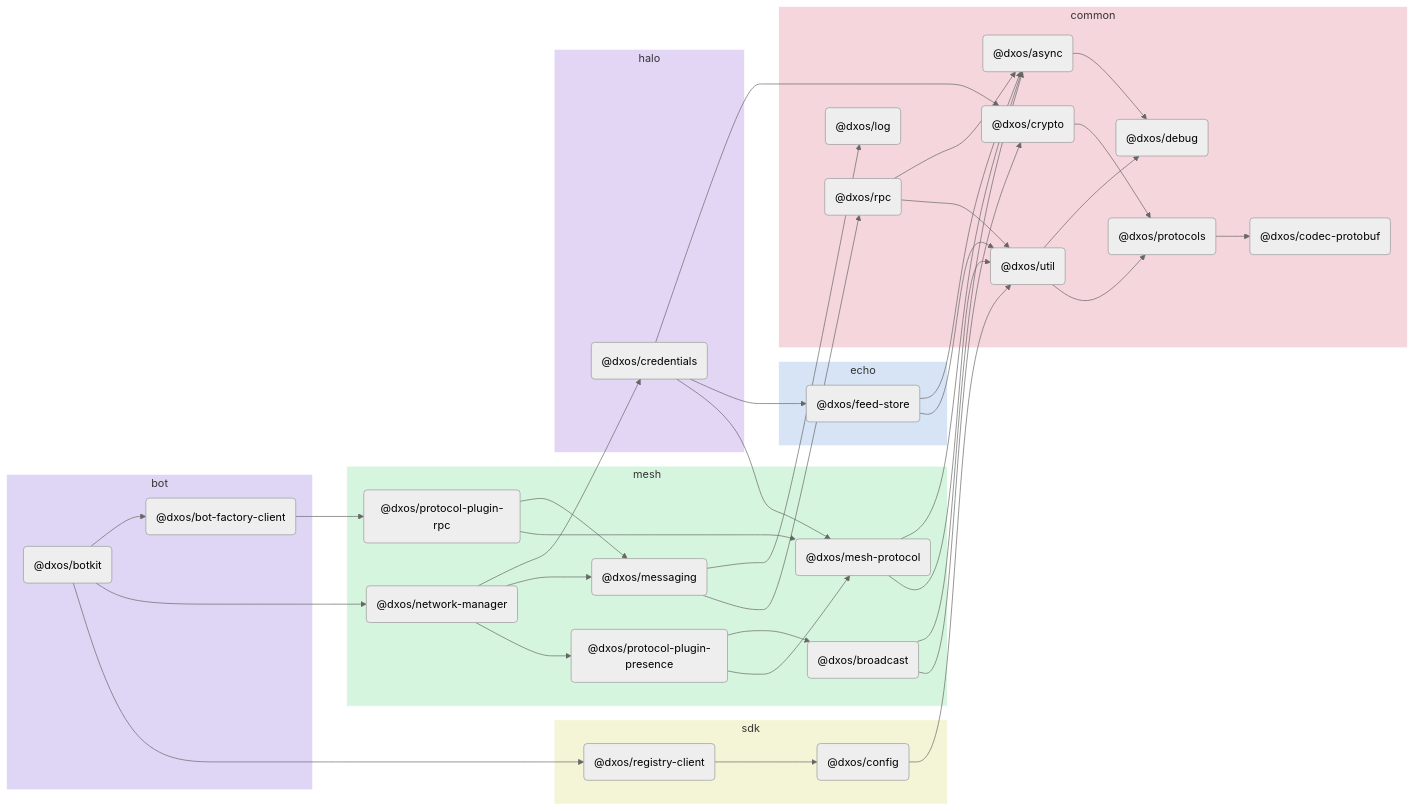
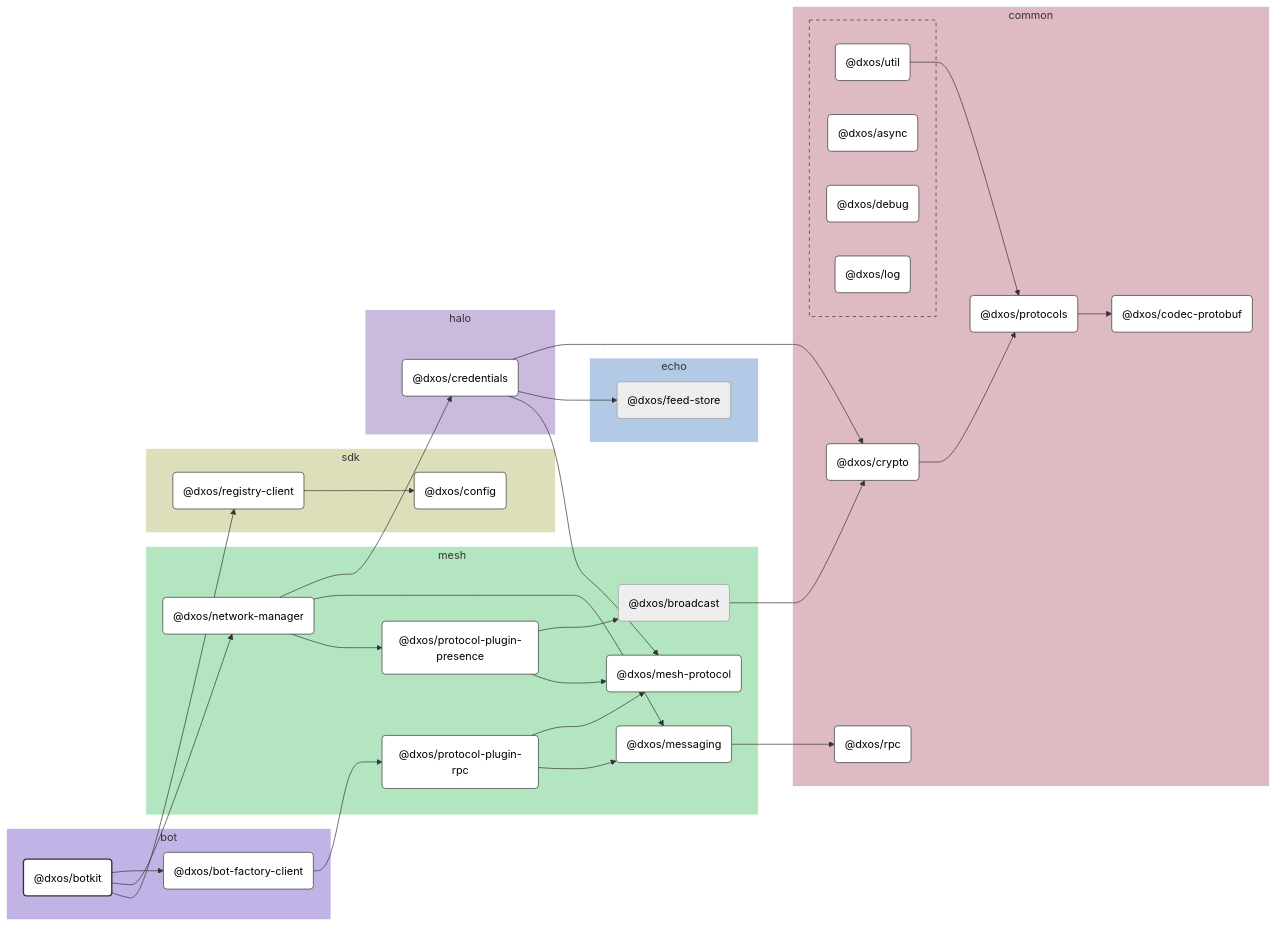
The diagram in packages/bot/botkit/docs/README.md (dxos/dxos), drawn with Mermaid (neutral theme) before and after one commit. The commit also changed other lines of this file and 109 other files, not shown here.

````diff
--- a/packages/bot/botkit/docs/README.md
+++ b/packages/bot/botkit/docs/README.md
@@ -5,79 +7,128 @@
 ```mermaid
-flowchart LR;
+%%{ init: {'flowchart':{'curve':'basis'}} }%%
 
+flowchart LR
+
+%% Links
+dxos/bot-factory-client --> dxos/protocol-plugin-rpc;
+dxos/botkit --> dxos/bot-factory-client;
+dxos/botkit --> dxos/network-manager;
+dxos/botkit --> dxos/registry-client;
+dxos/broadcast --> dxos/crypto;
+dxos/credentials --> dxos/crypto;
+dxos/credentials --> dxos/feed-store;
+dxos/credentials --> dxos/mesh-protocol;
+dxos/crypto --> dxos/protocols;
+dxos/messaging --> dxos/rpc;
+dxos/network-manager --> dxos/credentials;
+dxos/network-manager --> dxos/messaging;
+dxos/network-manager --> dxos/protocol-plugin-presence;
+dxos/protocol-plugin-presence --> dxos/broadcast;
+dxos/protocol-plugin-presence --> dxos/mesh-protocol;
+dxos/protocol-plugin-rpc --> dxos/mesh-protocol;
+dxos/protocol-plugin-rpc --> dxos/messaging;
+dxos/protocols --> dxos/codec-protobuf;
+dxos/registry-client --> dxos/config;
+dxos/util --> dxos/protocols;
+
+%% Sections
 subgraph bot
-  style bot fill:#dfd6f5,stroke:#fff;
-  dxos/botkit("@dxos/botkit");
-  dxos/bot-factory-client("@dxos/bot-factory-client");
+  style bot fill:#c2b3e6,stroke:#fff;
+
+  dxos/bot-factory-client("@dxos/bot-factory-client")
+  dxos/botkit("@dxos/botkit")
 end
 
 subgraph common
-  style common fill:#f5d6dd,stroke:#fff;
-  dxos/async("@dxos/async");
-  dxos/debug("@dxos/debug");
-  dxos/codec-protobuf("@dxos/codec-protobuf");
-  dxos/log("@dxos/log");
-  dxos/protocols("@dxos/protocols");
-  dxos/rpc("@dxos/rpc");
-  dxos/util("@dxos/util");
-  dxos/crypto("@dxos/crypto");
+  style common fill:#debac2,stroke:#fff;
+
+  dxos/codec-protobuf("@dxos/codec-protobuf")
+  dxos/crypto("@dxos/crypto")
+  dxos/protocols("@dxos/protocols")
+  dxos/rpc("@dxos/rpc")
+
+  subgraph common-excluded [ ]
+    style common-excluded fill:#debac2,stroke:#333,stroke-dasharray:5 5;
+
+    dxos/async("@dxos/async")
+    dxos/debug("@dxos/debug")
+    dxos/log("@dxos/log")
+    dxos/util("@dxos/util")
+  end
 end
 
 subgraph mesh
-  style mesh fill:#d6f5de,stroke:#fff;
-  dxos/protocol-plugin-rpc("@dxos/protocol-plugin-rpc");
-  dxos/messaging("@dxos/messaging");
-  dxos/mesh-protocol("@dxos/mesh-protocol");
-  dxos/network-manager("@dxos/network-manager");
-  dxos/protocol-plugin-presence("@dxos/protocol-plugin-presence");
-  dxos/broadcast("@dxos/broadcast");
+  style mesh fill:#b3e6c0,stroke:#fff;
+
+  dxos/broadcast("@dxos/broadcast")
+  dxos/mesh-protocol("@dxos/mesh-protocol")
+  dxos/messaging("@dxos/messaging")
+  dxos/network-manager("@dxos/network-manager")
+  dxos/protocol-plugin-presence("@dxos/protocol-plugin-presence")
+  dxos/protocol-plugin-rpc("@dxos/protocol-plugin-rpc")
 end
 
 subgraph sdk
-  style sdk fill:#f4f5d6,stroke:#fff;
-  dxos/config("@dxos/config");
-  dxos/registry-client("@dxos/registry-client");
+  style sdk fill:#dddeba,stroke:#fff;
+
+  dxos/config("@dxos/config")
+  dxos/registry-client("@dxos/registry-client")
 end
 
 subgraph halo
-  style halo fill:#e3d6f5,stroke:#fff;
-  dxos/credentials("@dxos/credentials");
+  style halo fill:#cabade,stroke:#fff;
+
+  dxos/credentials("@dxos/credentials")
 end
 
 subgraph echo
-  style echo fill:#d6e4f5,stroke:#fff;
-  dxos/feed-store("@dxos/feed-store");
+  style echo fill:#b3cae6,stroke:#fff;
+
+  dxos/feed-store("@dxos/feed-store")
 end
 
-dxos/botkit --> dxos/bot-factory-client;
-dxos/async --> dxos/debug;
-dxos/bot-factory-client --> dxos/protocol-plugin-rpc;
-dxos/protocol-plugin-rpc --> dxos/messaging;
-dxos/messaging --> dxos/log;
-dxos/protocols --> dxos/codec-protobuf;
-dxos/messaging --> dxos/rpc;
-dxos/rpc --> dxos/async;
-dxos/rpc --> dxos/util;
-dxos/util --> dxos/debug;
-dxos/util --> dxos/protocols;
-dxos/protocol-plugin-rpc --> dxos/mesh-protocol;
-dxos/mesh-protocol --> dxos/async;
-dxos/mesh-protocol --> dxos/util;
-dxos/config --> dxos/util;
-dxos/crypto --> dxos/protocols;
-dxos/botkit --> dxos/network-manager;
-dxos/network-manager --> dxos/credentials;
-dxos/credentials --> dxos/crypto;
-dxos/credentials --> dxos/feed-store;
-dxos/feed-store --> dxos/async;
-dxos/feed-store --> dxos/util;
-dxos/credentials --> dxos/mesh-protocol;
-dxos/network-manager --> dxos/messaging;
-dxos/network-manager --> dxos/protocol-plugin-presence;
-dxos/protocol-plugin-presence --> dxos/broadcast;
-dxos/broadcast --> dxos/async;
-dxos/broadcast --> dxos/crypto;
-dxos/protocol-plugin-presence --> dxos/mesh-protocol;
-dxos/botkit --> dxos/registry-client;
-dxos/registry-client --> dxos/config;
+
+%% Hyperlinks
+click dxos/async href "https:/github.com/dxos/dxos/tree/main/packages/common/async/docs";
+click dxos/bot-factory-client href "https:/github.com/dxos/dxos/tree/main/packages/bot/bot-factory-client/docs";
+click dxos/codec-protobuf href "https:/github.com/dxos/dxos/tree/main/packages/common/codec-protobuf/docs";
+click dxos/config href "https:/github.com/dxos/dxos/tree/main/packages/sdk/config/docs";
+click dxos/credentials href "https:/github.com/dxos/dxos/tree/main/packages/halo/credentials/docs";
+click dxos/crypto href "https:/github.com/dxos/dxos/tree/main/packages/common/crypto/docs";
+click dxos/debug href "https:/github.com/dxos/dxos/tree/main/packages/common/debug/docs";
+click dxos/log href "https:/github.com/dxos/dxos/tree/main/packages/common/log/docs";
+click dxos/mesh-protocol href "https:/github.com/dxos/dxos/tree/main/packages/mesh/mesh-protocol/docs";
+click dxos/messaging href "https:/github.com/dxos/dxos/tree/main/packages/mesh/messaging/docs";
+click dxos/network-manager href "https:/github.com/dxos/dxos/tree/main/packages/mesh/network-manager/docs";
+click dxos/protocol-plugin-presence href "https:/github.com/dxos/dxos/tree/main/packages/mesh/protocol-plugin-presence/docs";
+click dxos/protocol-plugin-rpc href "https:/github.com/dxos/dxos/tree/main/packages/mesh/protocol-plugin-rpc/docs";
+click dxos/protocols href "https:/github.com/dxos/dxos/tree/main/packages/common/protocols/docs";
+click dxos/registry-client href "https:/github.com/dxos/dxos/tree/main/packages/sdk/registry-client/docs";
+click dxos/rpc href "https:/github.com/dxos/dxos/tree/main/packages/common/rpc/docs";
+click dxos/util href "https:/github.com/dxos/dxos/tree/main/packages/common/util/docs";
+
+%% Styles
+classDef rootNode fill:#fff,stroke:#333,stroke-width:2px
+classDef defaultNode fill:#fff,stroke:#333,stroke-width:1px
+linkStyle default stroke:#333,stroke-width:1px
+
+dxos/botkit:::rootNode
+
+dxos/async:::defaultNode
+dxos/bot-factory-client:::defaultNode
+dxos/codec-protobuf:::defaultNode
+dxos/config:::defaultNode
+dxos/credentials:::defaultNode
+dxos/crypto:::defaultNode
+dxos/debug:::defaultNode
+dxos/log:::defaultNode
+dxos/mesh-protocol:::defaultNode
+dxos/messaging:::defaultNode
+dxos/network-manager:::defaultNode
+dxos/protocol-plugin-presence:::defaultNode
+dxos/protocol-plugin-rpc:::defaultNode
+dxos/protocols:::defaultNode
+dxos/registry-client:::defaultNode
+dxos/rpc:::defaultNode
+dxos/util:::defaultNode
 ```
````
